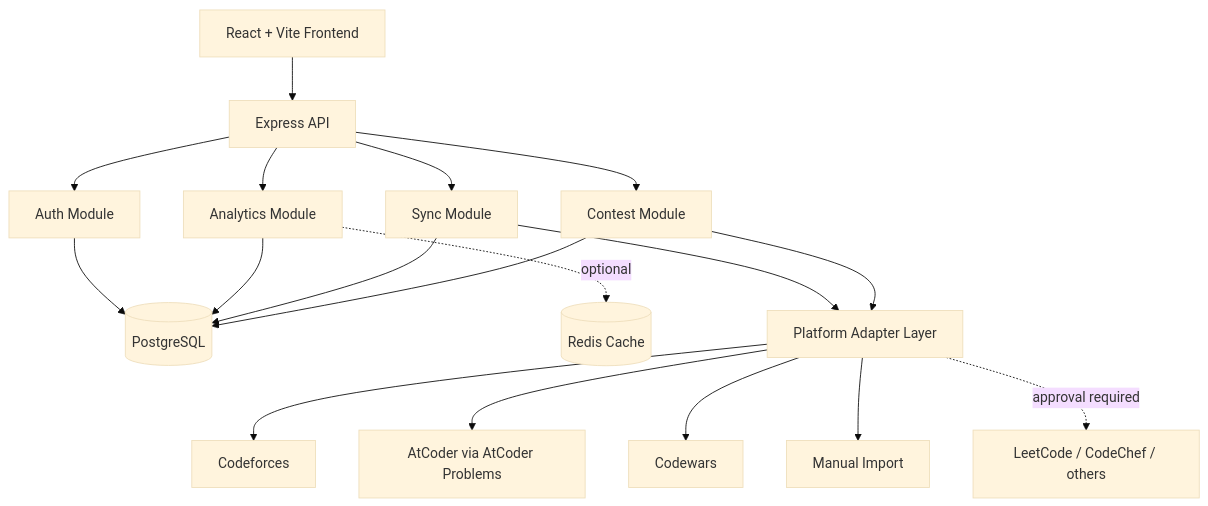
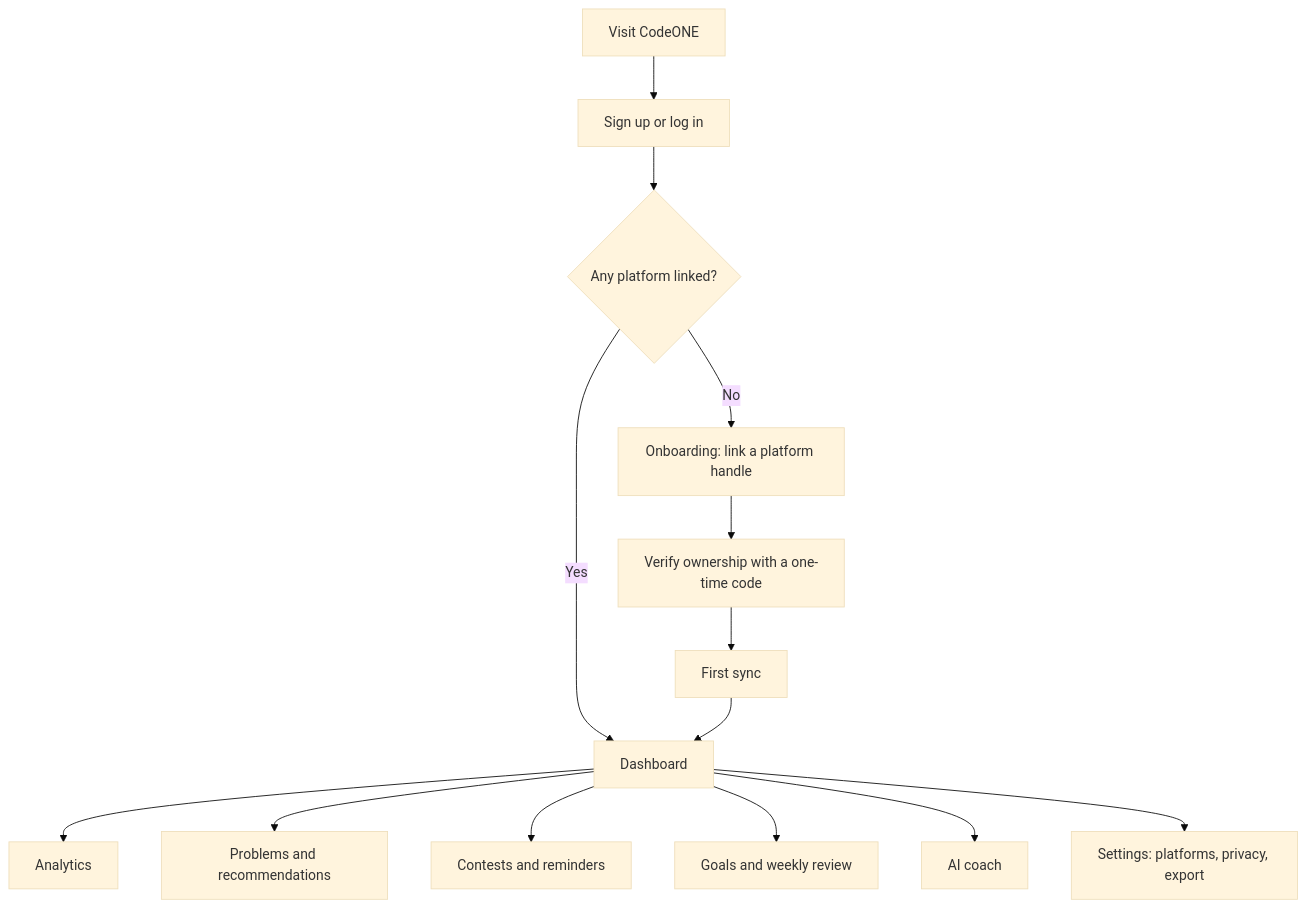
One commit to ishendrarai/CodeONE changed the first of 2 diagrams in README.md. Above: the diagram before and after it, drawn with Mermaid (base theme). The commit also changed other lines of this file and 66 other files, not shown here.

````diff
--- a/README.md
+++ b/README.md
@@ -315,20 +57,16 @@
 ```mermaid
-flowchart TB
-    A[React + Vite Frontend] --> B[Express API]
-    B --> C[Auth Module]
-    B --> D[Analytics Module]
-    B --> E[Sync Module]
-    B --> F[Contest Module]
-    C --> H[(PostgreSQL)]
-    D --> H
-    E --> H
-    F --> H
-    D -. optional .-> I[(Redis Cache)]
-    E --> G[Platform Adapter Layer]
+flowchart TD
+    A[Visit CodeONE] --> B[Sign up or log in]
+    B --> C{Any platform linked?}
+    C -- No --> D[Onboarding: link a platform handle]
+    D --> E[Verify ownership with a one-time code]
+    E --> F[First sync]
+    C -- Yes --> G[Dashboard]
     F --> G
-    G --> K[Codeforces]
-    G --> L[AtCoder via AtCoder Problems]
-    G --> M[Codewars]
-    G --> N[Manual Import]
-    G -. approval required .-> O[LeetCode / CodeChef / others]
+    G --> H[Analytics]
+    G --> I[Problems and recommendations]
+    G --> J[Contests and reminders]
+    G --> K[Goals and weekly review]
+    G --> L[AI coach]
+    G --> M[Settings: platforms, privacy, export]
 ```
````
